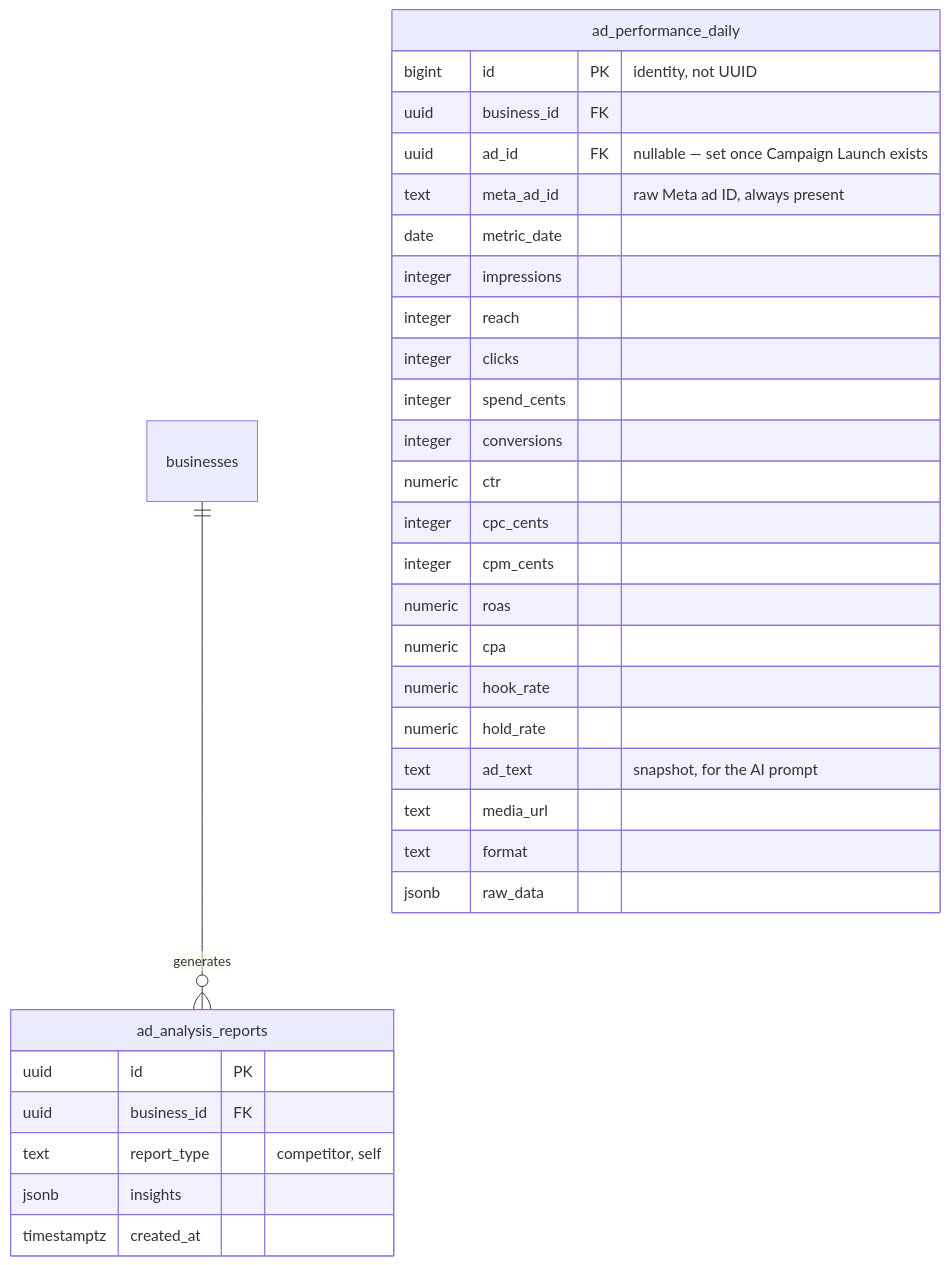
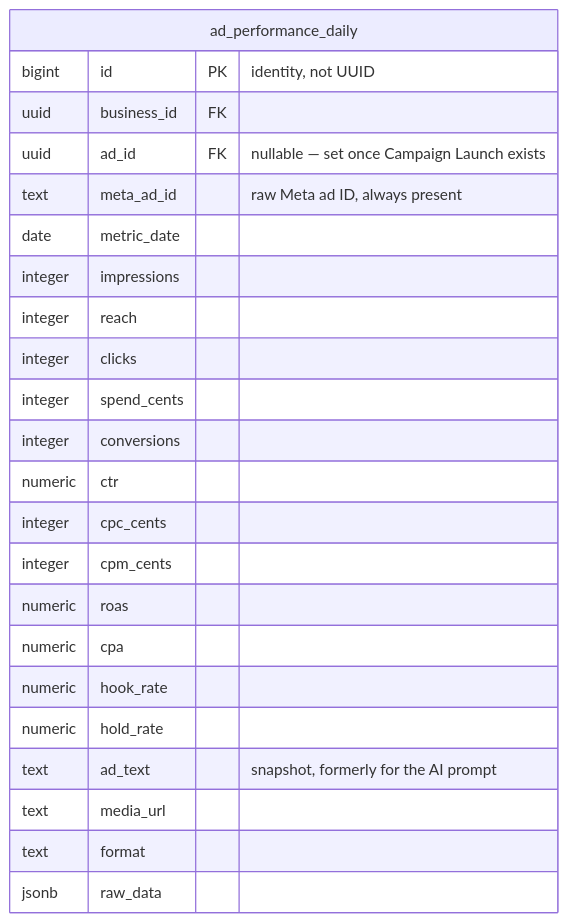
The fifth of 8 diagrams in docs/architecture/database_schema.md (Aumatic-AI/Kinetix), drawn with Mermaid before and after one commit. The commit also changed other lines of this file and 27 other files, not shown here.

````diff
--- a/docs/architecture/database_schema.md
+++ b/docs/architecture/database_schema.md
@@ -246,36 +237,26 @@
 ```mermaid
 erDiagram
-    businesses ||--o{ ad_analysis_reports : "generates"
-
     ad_performance_daily {
         bigint id PK "identity, not UUID"
         uuid business_id FK
         uuid ad_id FK "nullable — set once Campaign Launch exists"
         text meta_ad_id "raw Meta ad ID, always present"
         date metric_date
         integer impressions
         integer reach
         integer clicks
         integer spend_cents
         integer conversions
         numeric ctr
         integer cpc_cents
         integer cpm_cents
         numeric roas
         numeric cpa
         numeric hook_rate
         numeric hold_rate
-        text ad_text "snapshot, for the AI prompt"
+        text ad_text "snapshot, formerly for the AI prompt"
         text media_url
         text format
         jsonb raw_data
     }
-
-    ad_analysis_reports {
-        uuid id PK
-        uuid business_id FK
-        text report_type "competitor, self"
-        jsonb insights
-        timestamptz created_at
-    }
 ```
````
